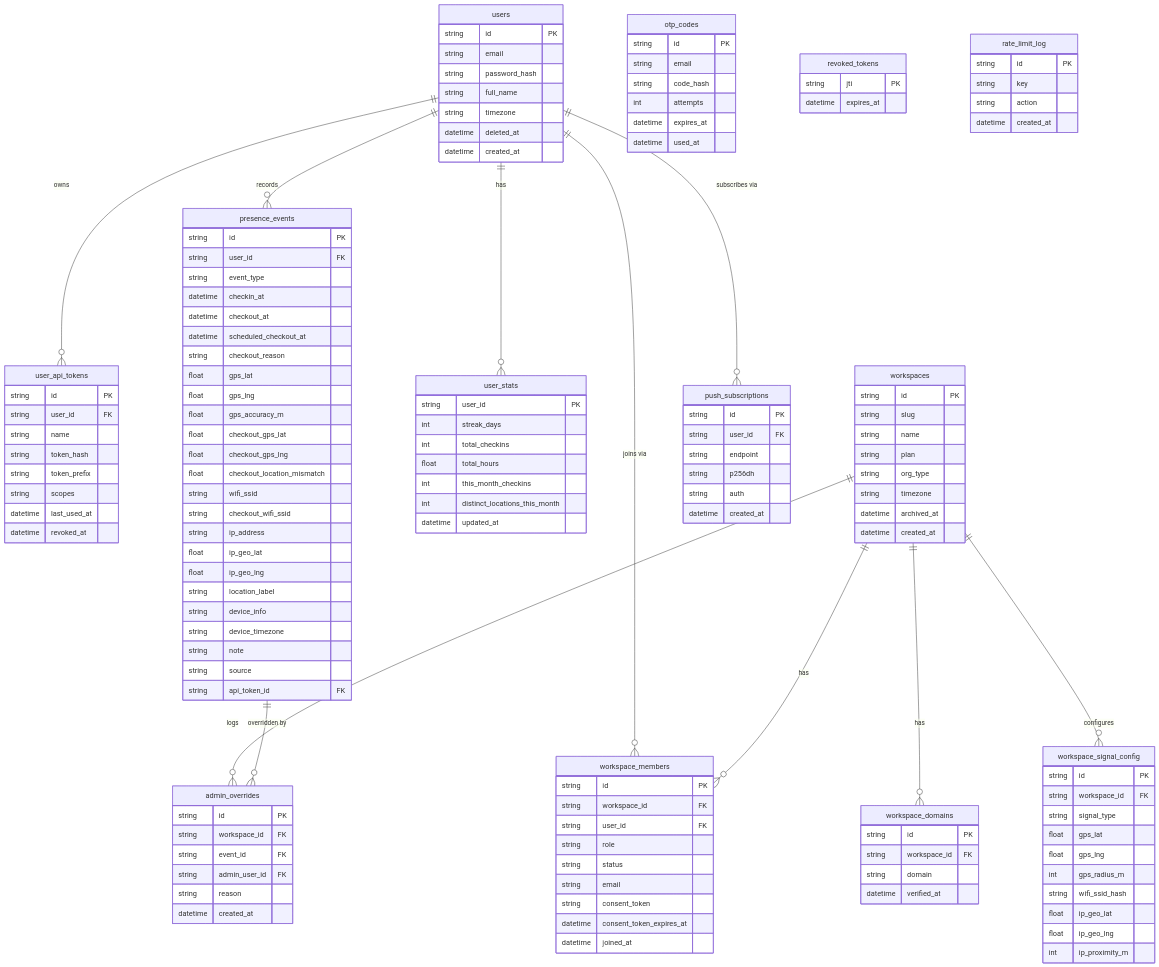
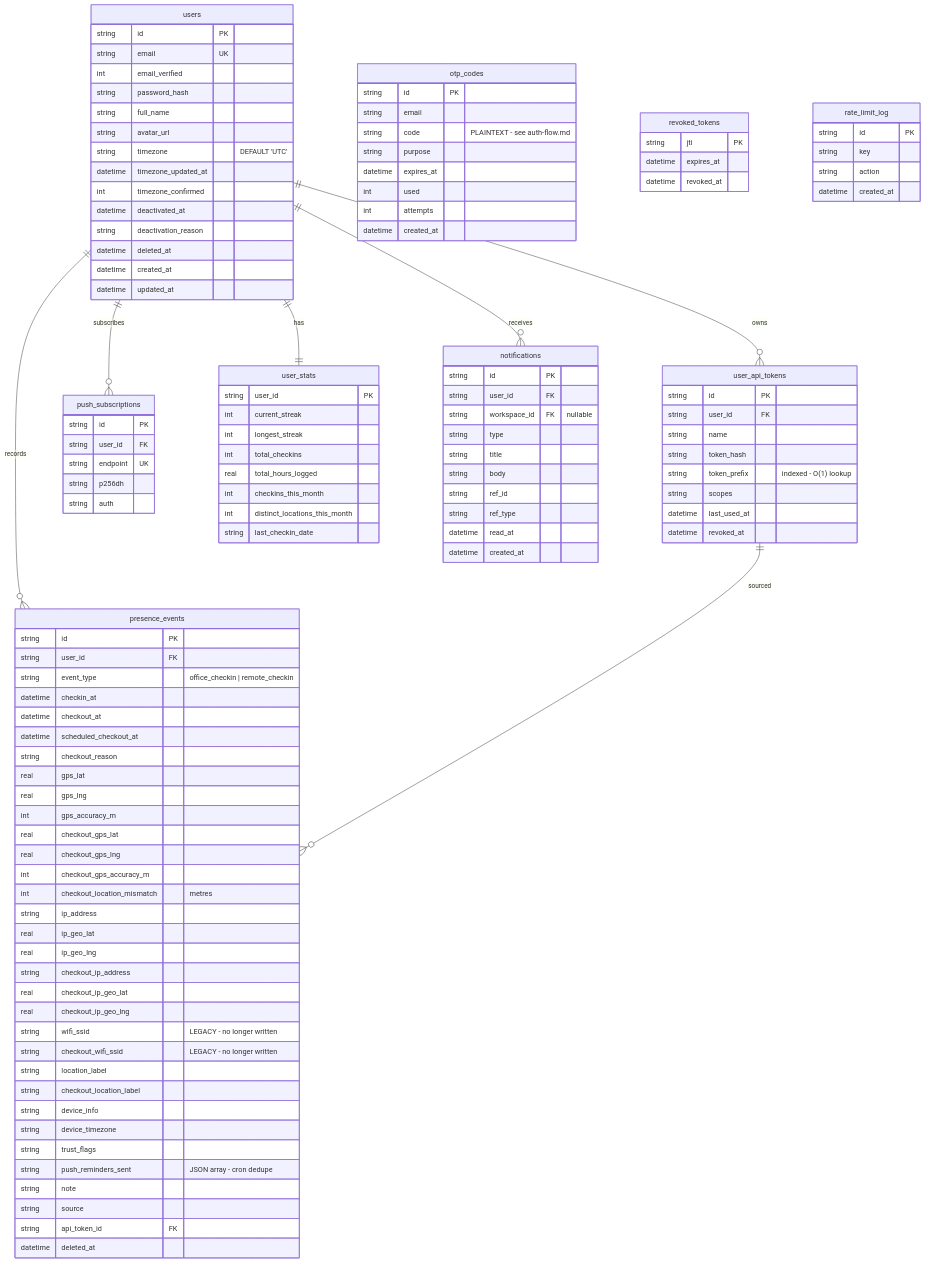
One commit to ksharmaGN/venzio changed the third of 6 diagrams in docs/architecture/HLD.md. Above: the diagram before and after it, drawn with Mermaid. The commit also changed other lines of this file and 296 other files, not shown here.

````diff
--- a/docs/architecture/HLD.md
+++ b/docs/architecture/HLD.md
@@ -87,37 +105,36 @@
 erDiagram
   users {
     string id PK
-    string email
+    string email UK
+    int email_verified
     string password_hash
     string full_name
-    string timezone
+    string avatar_url
+    string timezone "DEFAULT 'UTC'"
+    datetime timezone_updated_at
+    int timezone_confirmed
+    datetime deactivated_at
+    string deactivation_reason
     datetime deleted_at
     datetime created_at
+    datetime updated_at
   }
 
   otp_codes {
     string id PK
     string email
-    string code_hash
+    string code "PLAINTEXT - see auth-flow.md"
+    string purpose
+    datetime expires_at
+    int used
     int attempts
-    datetime expires_at
-    datetime used_at
-  }
-
-  user_api_tokens {
-    string id PK
-    string user_id FK
-    string name
-    string token_hash
-    string token_prefix
-    string scopes
-    datetime last_used_at
-    datetime revoked_at
+    datetime created_at
   }
 
   revoked_tokens {
     string jti PK
     datetime expires_at
+    datetime revoked_at
   }
 
   rate_limit_log {
@@ -127,112 +144,88 @@
     datetime created_at
   }
 
-  presence_events {
+  user_api_tokens {
     string id PK
     string user_id FK
-    string event_type
-    datetime checkin_at
-    datetime checkout_at
-    datetime scheduled_checkout_at
-    string checkout_reason
-    float gps_lat
-    float gps_lng
-    float gps_accuracy_m
-    float checkout_gps_lat
-    float checkout_gps_lng
-    float checkout_location_mismatch
-    string wifi_ssid
-    string checkout_wifi_ssid
-    string ip_address
-    float ip_geo_lat
-    float ip_geo_lng
-    string location_label
-    string device_info
-    string device_timezone
-    string note
-    string source
-    string api_token_id FK
-  }
-
-  user_stats {
-    string user_id PK
-    int streak_days
-    int total_checkins
-    float total_hours
-    int this_month_checkins
-    int distinct_locations_this_month
-    datetime updated_at
-  }
-
-  workspaces {
-    string id PK
-    string slug
     string name
-    string plan
-    string org_type
-    string timezone
-    datetime archived_at
-    datetime created_at
-  }
-
-  workspace_members {
-    string id PK
-    string workspace_id FK
-    string user_id FK
-    string role
-    string status
-    string email
-    string consent_token
-    datetime consent_token_expires_at
-    datetime joined_at
-  }
-
-  workspace_domains {
-    string id PK
-    string workspace_id FK
-    string domain
-    datetime verified_at
-  }
-
-  workspace_signal_config {
-    string id PK
-    string workspace_id FK
-    string signal_type
-    float gps_lat
-    float gps_lng
-    int gps_radius_m
-    string wifi_ssid_hash
-    float ip_geo_lat
-    float ip_geo_lng
-    int ip_proximity_m
-  }
-
-  admin_overrides {
-    string id PK
-    string workspace_id FK
-    string event_id FK
-    string admin_user_id FK
-    string reason
-    datetime created_at
+    string token_hash
+    string token_prefix "indexed - O(1) lookup"
+    string scopes
+    datetime last_used_at
+    datetime revoked_at
   }
 
   push_subscriptions {
     string id PK
     string user_id FK
-    string endpoint
+    string endpoint UK
     string p256dh
     string auth
+  }
+
+  user_stats {
+    string user_id PK
+    int current_streak
+    int longest_streak
+    int total_checkins
+    real total_hours_logged
+    int checkins_this_month
+    int distinct_locations_this_month
+    string last_checkin_date
+  }
+
+  presence_events {
+    string id PK
+    string user_id FK
+    string event_type "office_checkin | remote_checkin"
+    datetime checkin_at
+    datetime checkout_at
+    datetime scheduled_checkout_at
+    string checkout_reason
+    real gps_lat
+    real gps_lng
+    int gps_accuracy_m
+    real checkout_gps_lat
+    real checkout_gps_lng
+    int checkout_gps_accuracy_m
+    int checkout_location_mismatch "metres"
+    string ip_address
+    real ip_geo_lat
+    real ip_geo_lng
+    string checkout_ip_address
+    real checkout_ip_geo_lat
+    real checkout_ip_geo_lng
+    string wifi_ssid "LEGACY - no longer written"
+    string checkout_wifi_ssid "LEGACY - no longer written"
+    string location_label
+    string checkout_location_label
+    string device_info
+    string device_timezone
+    string trust_flags
+    string push_reminders_sent "JSON array - cron dedupe"
+    string note
+    string source
+    string api_token_id FK
+    datetime deleted_at
+  }
+
+  notifications {
+    string id PK
+    string user_id FK
+    string workspace_id FK "nullable"
+    string type
+    string title
+    string body
+    string ref_id
+    string ref_type
+    datetime read_at
     datetime created_at
   }
 
-  users ||--o{ presence_events : "records"
-  users ||--o{ user_api_tokens : "owns"
-  users ||--o{ user_stats : "has"
-  users ||--o{ workspace_members : "joins via"
-  users ||--o{ push_subscriptions : "subscribes via"
-  workspaces ||--o{ workspace_members : "has"
-  workspaces ||--o{ workspace_domains : "has"
-  workspaces ||--o{ workspace_signal_config : "configures"
-  workspaces ||--o{ admin_overrides : "logs"
-  presence_events ||--o{ admin_overrides : "overridden by"
+  users ||--o{ presence_events : records
+  users ||--o{ user_api_tokens : owns
+  users ||--|| user_stats : has
+  users ||--o{ push_subscriptions : subscribes
+  users ||--o{ notifications : receives
+  user_api_tokens ||--o{ presence_events : "sourced"
 ```
````
